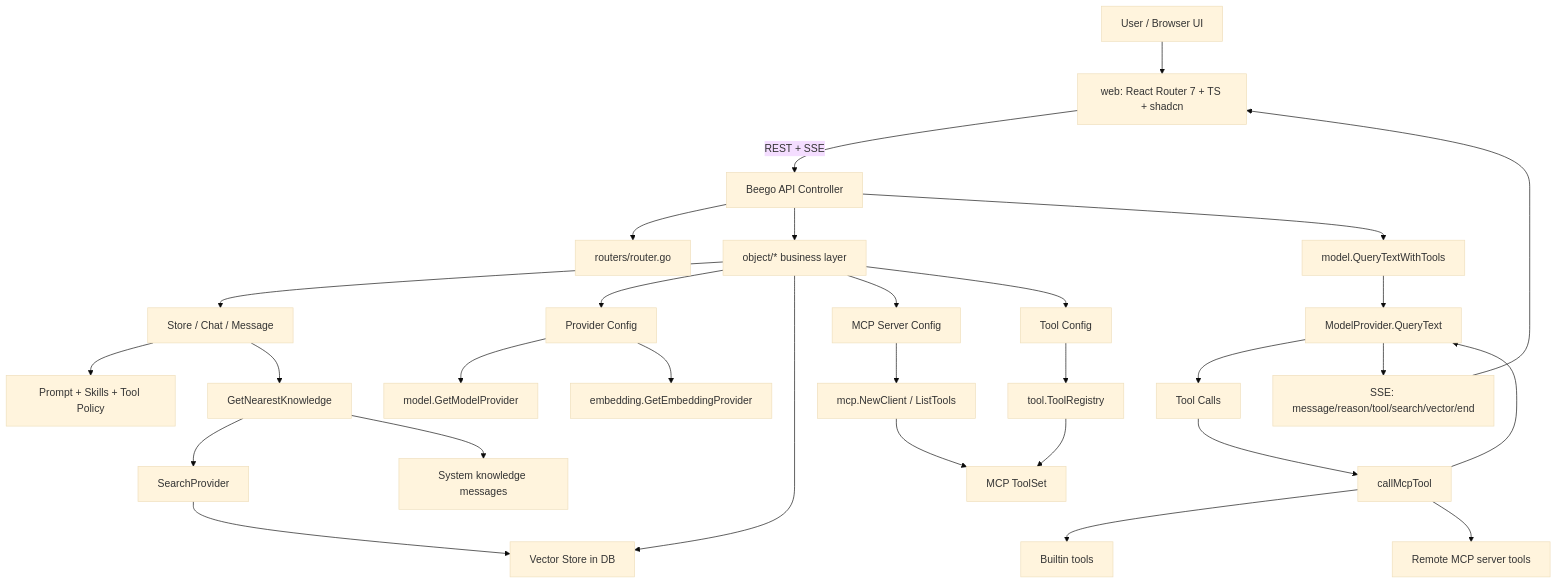
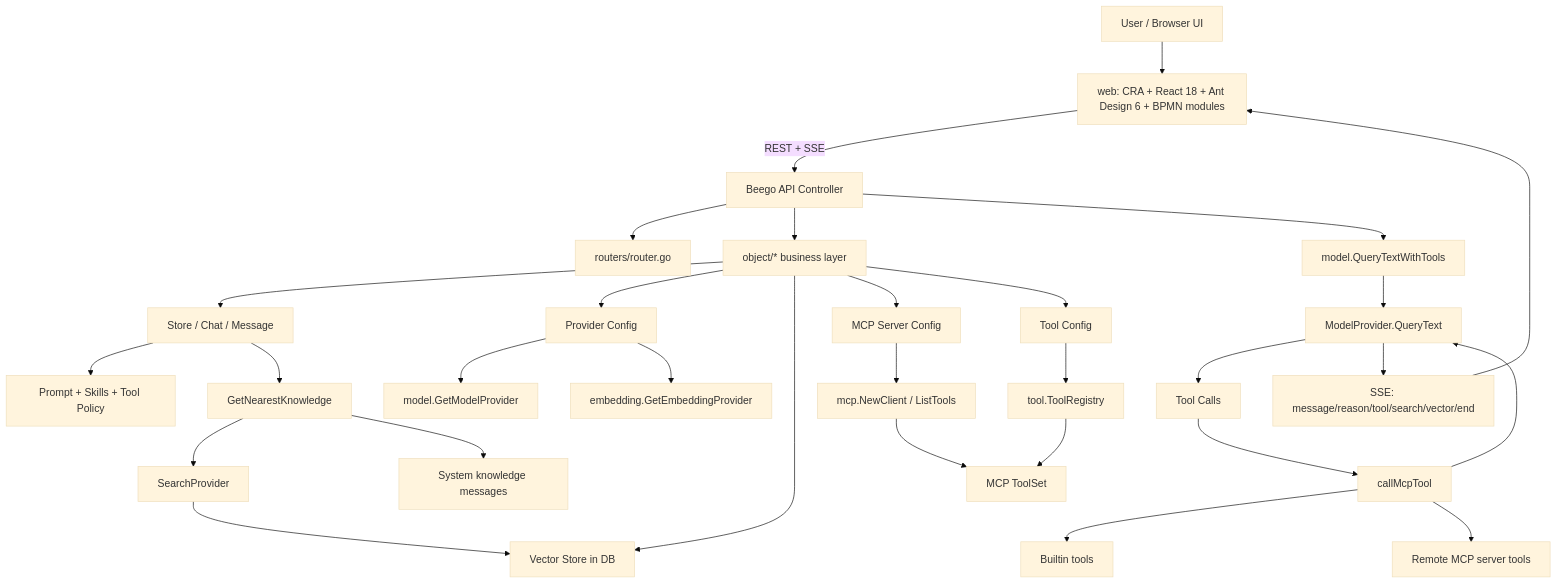
One commit to okbexx/tech-knockout changed the diagram in reports/openagent.md. Above: the diagram before and after it, drawn with Mermaid (base theme). The commit also changed other lines of this file and 14 other files, not shown here.

````diff
--- a/reports/openagent.md
+++ b/reports/openagent.md
@@ -110,37 +117,37 @@
 ```mermaid
 graph TD
-  User[User / Browser UI] --> Web[web: React Router 7 + TS + shadcn]
+  User[User / Browser UI] --> Web[web: CRA + React 18 + Ant Design 6 + BPMN modules]
   Web -->|REST + SSE| API[Beego API Controller]
   API --> Router[routers/router.go]
   API --> Object[object/* business layer]
 
   Object --> Store[Store / Chat / Message]
   Object --> ProviderCfg[Provider Config]
   Object --> Vector[Vector Store in DB]
   Object --> Server[MCP Server Config]
   Object --> ToolCfg[Tool Config]
 
   ProviderCfg --> ModelFactory[model.GetModelProvider]
   ProviderCfg --> EmbedFactory[embedding.GetEmbeddingProvider]
 
   Store --> Prompt[Prompt + Skills + Tool Policy]
   Store --> RAG[GetNearestKnowledge]
   RAG --> SearchProvider[SearchProvider]
   SearchProvider --> Vector
   RAG --> Knowledge[System knowledge messages]
 
   Server --> McpClient[mcp.NewClient / ListTools]
   ToolCfg --> BuiltinRegistry[tool.ToolRegistry]
   McpClient --> ToolSet[MCP ToolSet]
   BuiltinRegistry --> ToolSet
 
   API --> AgentLoop[model.QueryTextWithTools]
   AgentLoop --> LLM[ModelProvider.QueryText]
   LLM --> ToolCall[Tool Calls]
   ToolCall --> Exec[callMcpTool]
   Exec --> Builtin[Builtin tools]
   Exec --> RemoteMCP[Remote MCP server tools]
   Exec --> LLM
   LLM --> SSE[SSE: message/reason/tool/search/vector/end]
   SSE --> Web
 ```
````
